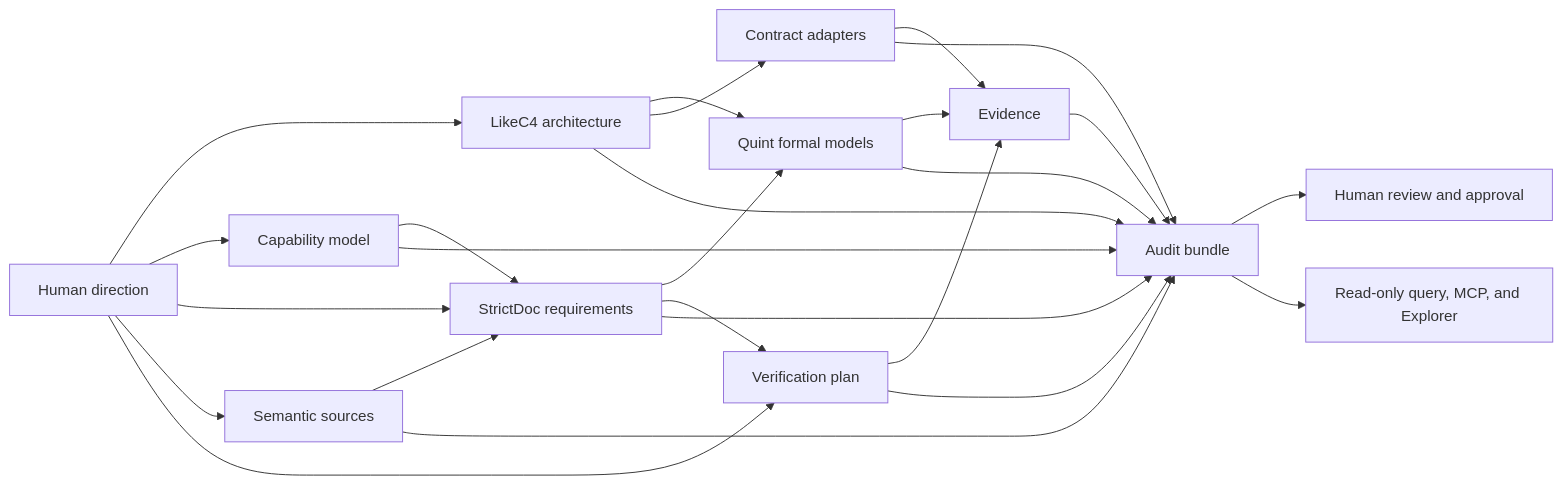
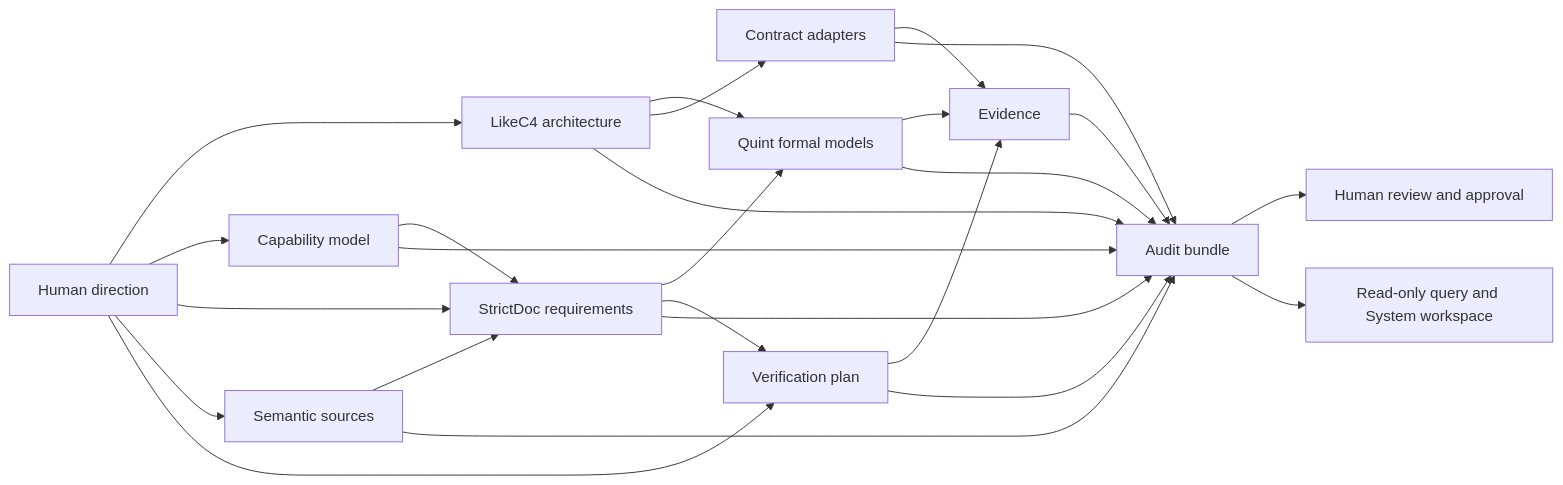
Before and after one commit to joaosimsic/spec-framework: the diagram in docs/landscape.md, drawn with Mermaid. The commit also changed other lines of this file and 38 other files, not shown here.

````diff
--- a/docs/landscape.md
+++ b/docs/landscape.md
@@ -43,27 +43,27 @@
 ```mermaid
 flowchart LR
     H[Human direction] --> A[LikeC4 architecture]
     H --> CAP[Capability model]
     H --> R[StrictDoc requirements]
     H --> S[Semantic sources]
     H --> VP[Verification plan]
     A --> F[Quint formal models]
     CAP --> R
     R --> F
     R --> VP
     S --> R
     A --> C[Contract adapters]
     F --> E[Evidence]
     VP --> E
     C --> E
     A --> B[Audit bundle]
     CAP --> B
     S --> B
     R --> B
     F --> B
     VP --> B
     C --> B
     E --> B
     B --> V[Human review and approval]
-    B --> Q[Read-only query, MCP, and Explorer]
+    B --> Q[Read-only query and System workspace]
 ```
````
